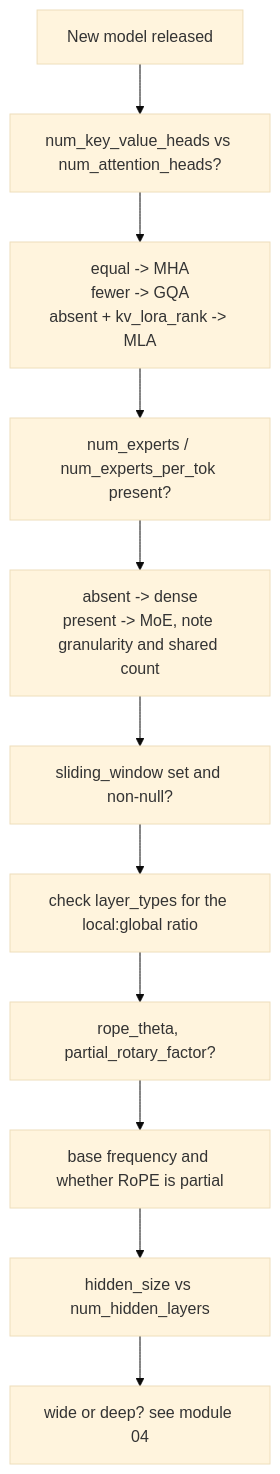
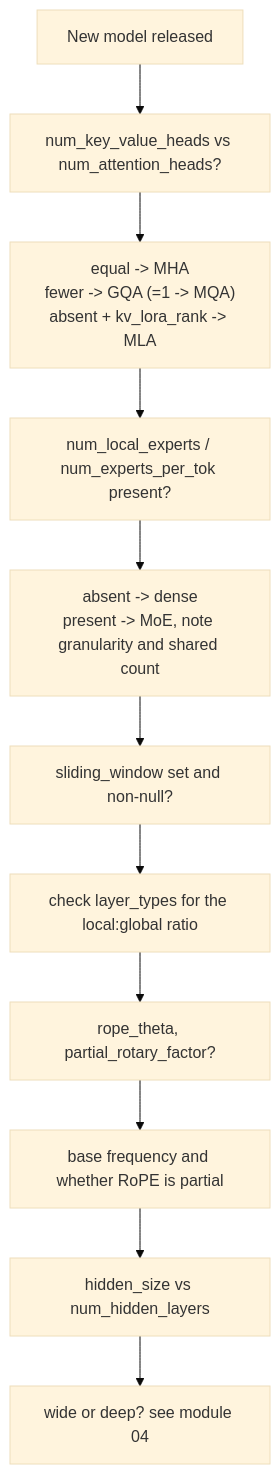
One commit to alliedbrother/ml-interview-notes changed the second of 2 diagrams in content/courses/transformers/15-modern-architecture-case-studies.md. Above: the diagram before and after it, drawn with Mermaid (base theme). The commit also changed other lines of this file and 7 other files, not shown here.

````diff
--- a/content/courses/transformers/15-modern-architecture-case-studies.md
+++ b/content/courses/transformers/15-modern-architecture-case-studies.md
@@ -406,13 +406,13 @@
 ```mermaid
 flowchart TD
     S["New model released"] --> Q1["num_key_value_heads vs num_attention_heads?"]
-    Q1 --> A1["equal -&gt; MHA<br/>fewer -&gt; GQA<br/>absent + kv_lora_rank -&gt; MLA"]
-    A1 --> Q2["num_experts / num_experts_per_tok present?"]
+    Q1 --> A1["equal -&gt; MHA<br/>fewer -&gt; GQA (=1 -&gt; MQA)<br/>absent + kv_lora_rank -&gt; MLA"]
+    A1 --> Q2["num_local_experts / num_experts_per_tok present?"]
     Q2 --> A2["absent -&gt; dense<br/>present -&gt; MoE, note granularity and shared count"]
     A2 --> Q3["sliding_window set and non-null?"]
     Q3 --> A3["check layer_types for the local:global ratio"]
     A3 --> Q4["rope_theta, partial_rotary_factor?"]
     Q4 --> A4["base frequency and whether RoPE is partial"]
     A4 --> Q5["hidden_size vs num_hidden_layers"]
     Q5 --> A5["wide or deep? see module 04"]
 ```
````
